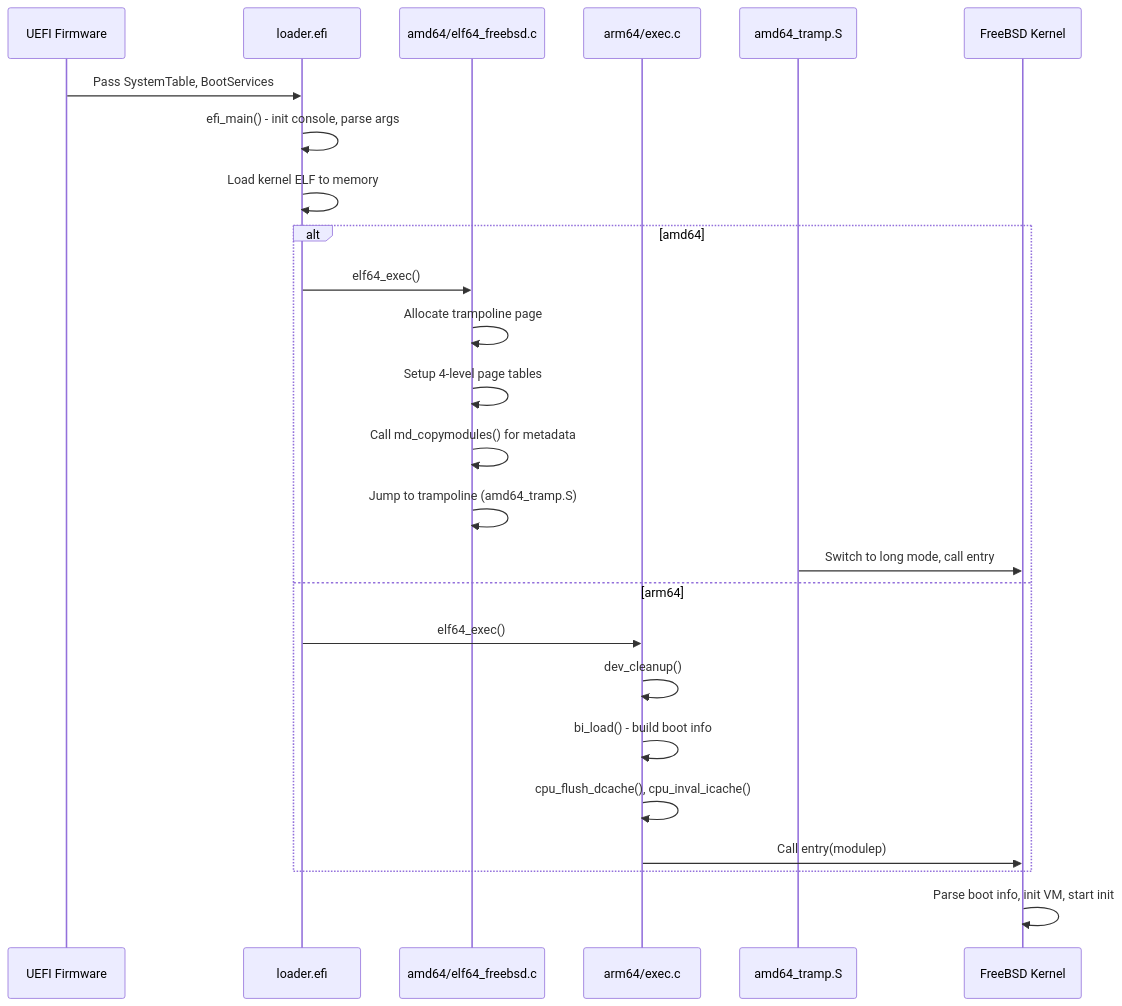
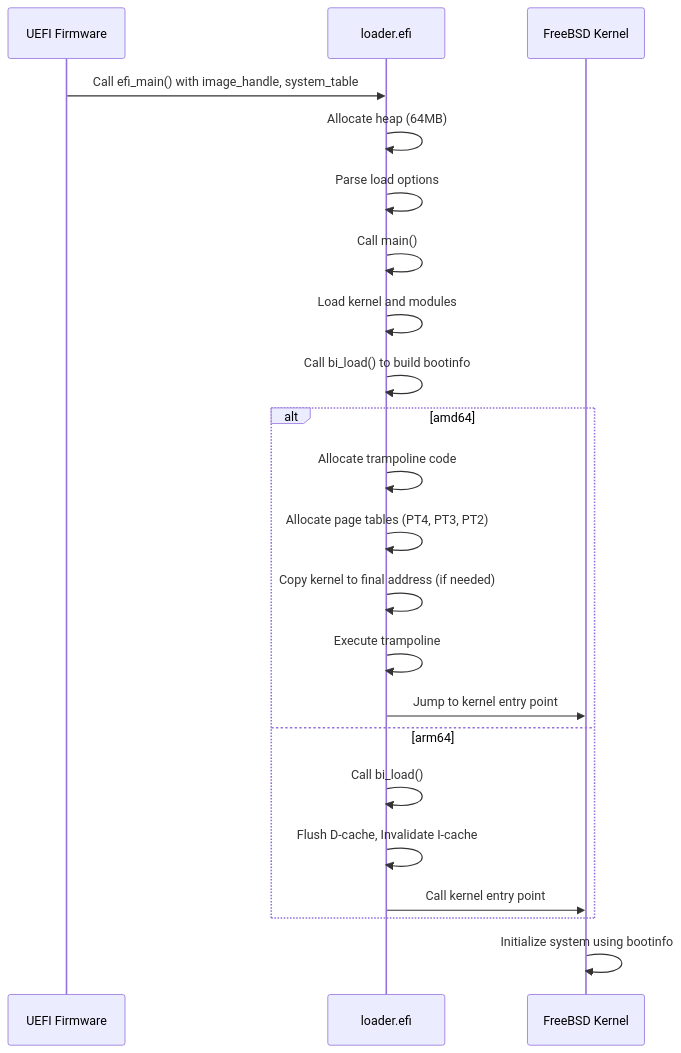
One commit to ocochard/freebsd-src changed the diagram in stand/efi/loader/README.md. Above: the diagram before and after it, drawn with Mermaid. The commit also changed other lines of this file and 26 other files, not shown here.

````diff
--- a/stand/efi/loader/README.md
+++ b/stand/efi/loader/README.md
@@ -74,30 +189,28 @@
 ```mermaid
 sequenceDiagram
     participant UEFI as UEFI Firmware
     participant Loader as loader.efi
-    participant AMD as amd64/elf64_freebsd.c
-    participant ARM as arm64/exec.c
-    participant Trampoline as amd64_tramp.S
     participant Kernel as FreeBSD Kernel
 
-    UEFI->>Loader: Pass SystemTable, BootServices
-    Loader->>Loader: efi_main() - init console, parse args
-    Loader->>Loader: Load kernel ELF to memory
+    UEFI->>Loader: Call efi_main() with image_handle, system_table
+    Loader->>Loader: Allocate heap (64MB)
+    Loader->>Loader: Parse load options
+    Loader->>Loader: Call main()
+
+    Loader->>Loader: Load kernel and modules
+    Loader->>Loader: Call bi_load() to build bootinfo
 
     alt amd64
-        Loader->>AMD: elf64_exec()
-        AMD->>AMD: Allocate trampoline page
-        AMD->>AMD: Setup 4-level page tables
-        AMD->>AMD: Call md_copymodules() for metadata
-        AMD->>AMD: Jump to trampoline (amd64_tramp.S)
-        Trampoline->>Kernel: Switch to long mode, call entry
+        Loader->>Loader: Allocate trampoline code
+        Loader->>Loader: Allocate page tables (PT4, PT3, PT2)
+        Loader->>Loader: Copy kernel to final address (if needed)
+        Loader->>Loader: Execute trampoline
+        Loader->>Kernel: Jump to kernel entry point
     else arm64
-        Loader->>ARM: elf64_exec()
-        ARM->>ARM: dev_cleanup()
-        ARM->>ARM: bi_load() - build boot info
-        ARM->>ARM: cpu_flush_dcache(), cpu_inval_icache()
-        ARM->>Kernel: Call entry(modulep)
+        Loader->>Loader: Call bi_load()
+        Loader->>Loader: Flush D-cache, Invalidate I-cache
+        Loader->>Kernel: Call kernel entry point
     end
 
-    Kernel->>Kernel: Parse boot info, init VM, start init
+    Kernel->>Kernel: Initialize system using bootinfo
 ```
````
